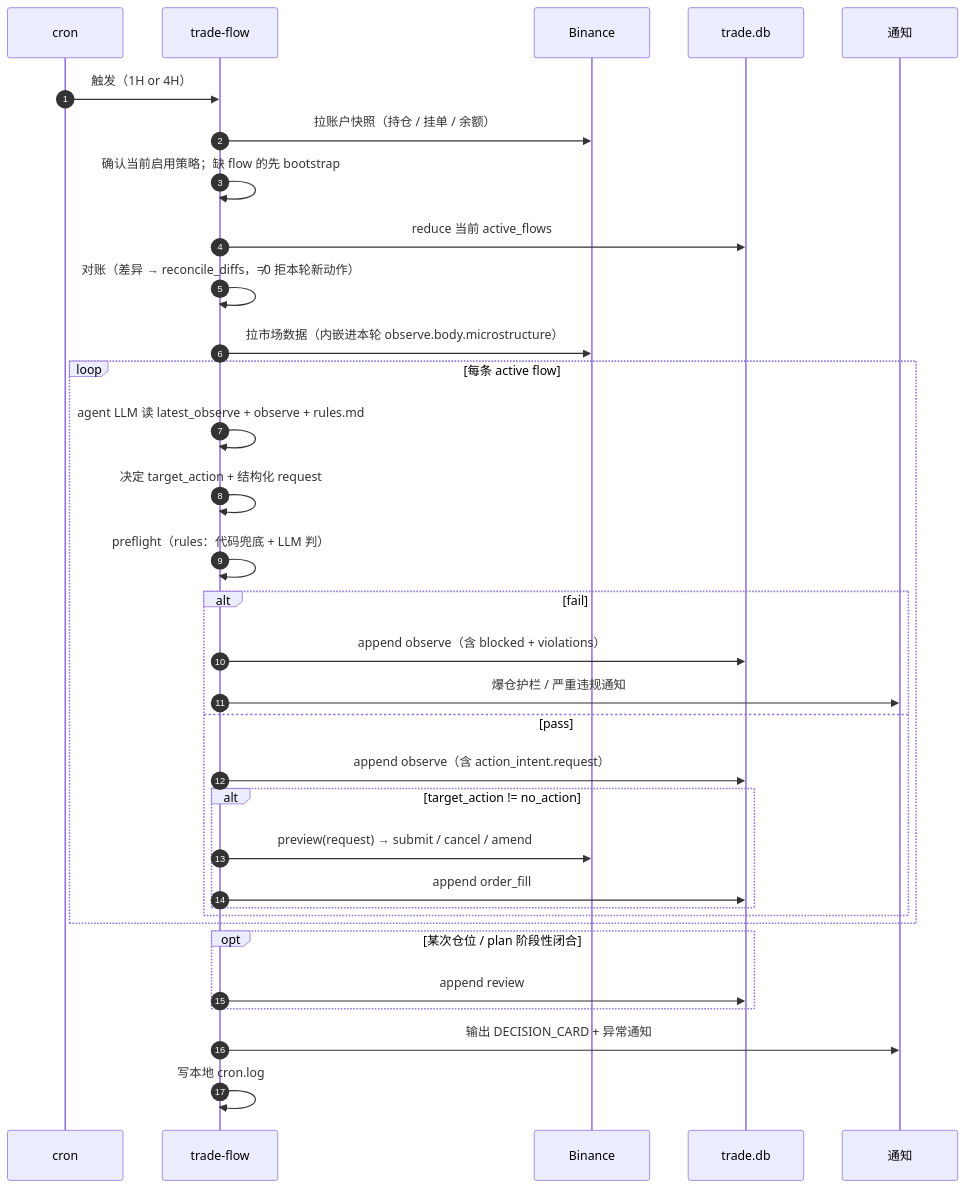
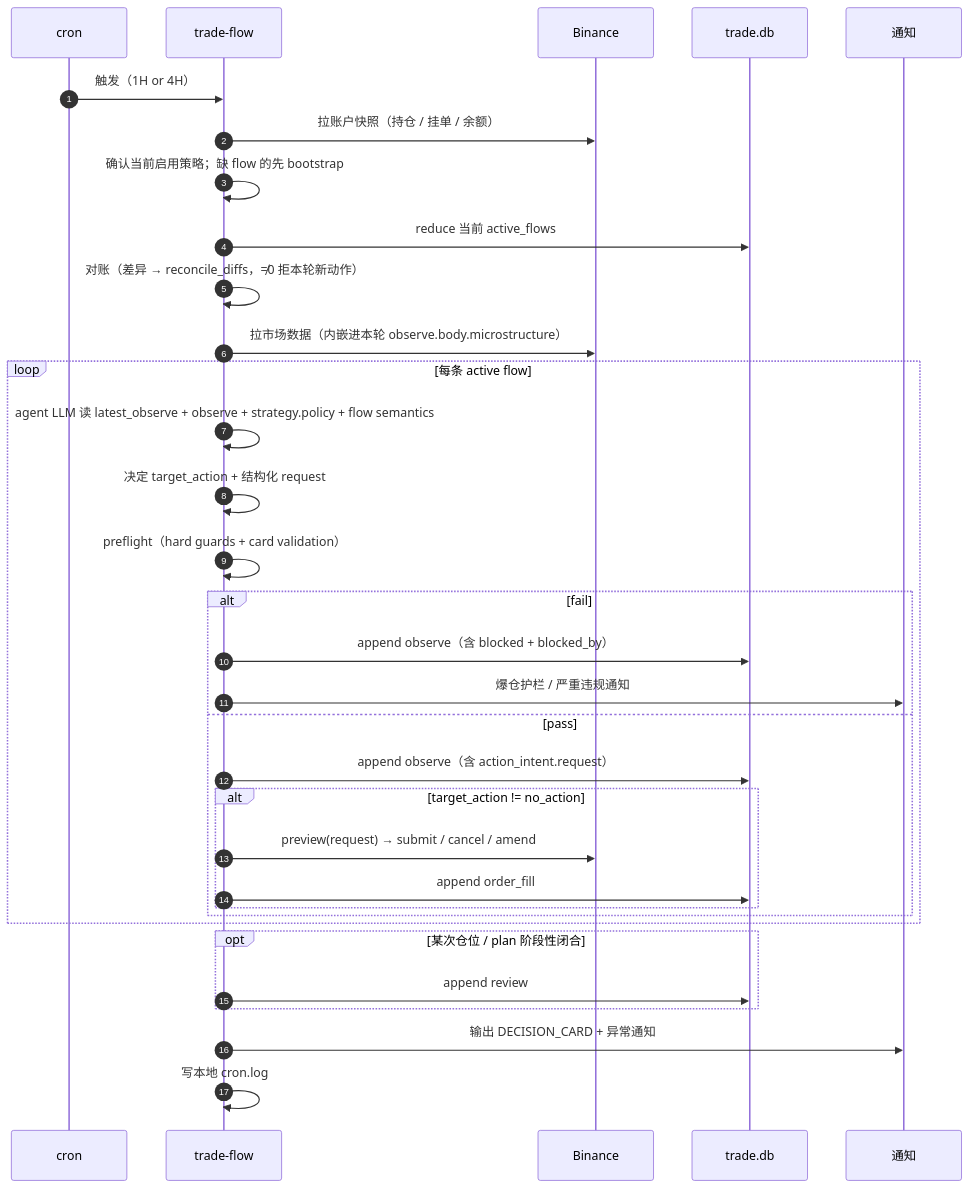
One commit to qOeOp/trade changed the diagram in docs/design-architecture.md. Above: the diagram before and after it, drawn with Mermaid. The commit also changed other lines of this file and 4 other files, not shown here.

Commit message:
Refine flow semantics and hard guards

````diff
--- a/docs/design-architecture.md
+++ b/docs/design-architecture.md
@@ -270,39 +282,39 @@
 ```mermaid
 sequenceDiagram
     autonumber
     participant C as cron
     participant TF as trade-flow
     participant BN as Binance
     participant DB as trade.db
     participant N as 通知
 
     C->>TF: 触发（1H or 4H）
     TF->>BN: 拉账户快照（持仓 / 挂单 / 余额）
     TF->>TF: 确认当前启用策略；缺 flow 的先 bootstrap
     TF->>DB: reduce 当前 active_flows
     TF->>TF: 对账（差异 → reconcile_diffs，≠0 拒本轮新动作）
     TF->>BN: 拉市场数据（内嵌进本轮 observe.body.microstructure）
 
     loop 每条 active flow
-        TF->>TF: agent LLM 读 latest_observe + observe + rules.md
+        TF->>TF: agent LLM 读 latest_observe + observe + strategy.policy + flow semantics
         TF->>TF: 决定 target_action + 结构化 request
-        TF->>TF: preflight（rules：代码兜底 + LLM 判）
+        TF->>TF: preflight（hard guards + card validation）
         alt fail
-            TF->>DB: append observe（含 blocked + violations）
+            TF->>DB: append observe（含 blocked + blocked_by）
             TF->>N: 爆仓护栏 / 严重违规通知
         else pass
             TF->>DB: append observe（含 action_intent.request）
             alt target_action != no_action
                 TF->>BN: preview(request) → submit / cancel / amend
                 TF->>DB: append order_fill
             end
         end
     end
 
     opt 某次仓位 / plan 阶段性闭合
         TF->>DB: append review
     end
 
     TF->>N: 输出 DECISION_CARD + 异常通知
     TF->>TF: 写本地 cron.log
 ```
````
